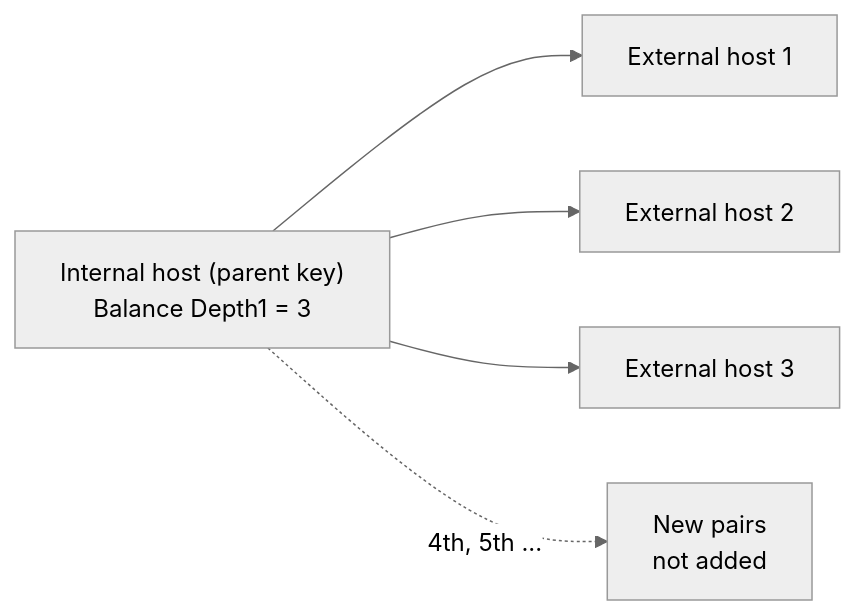
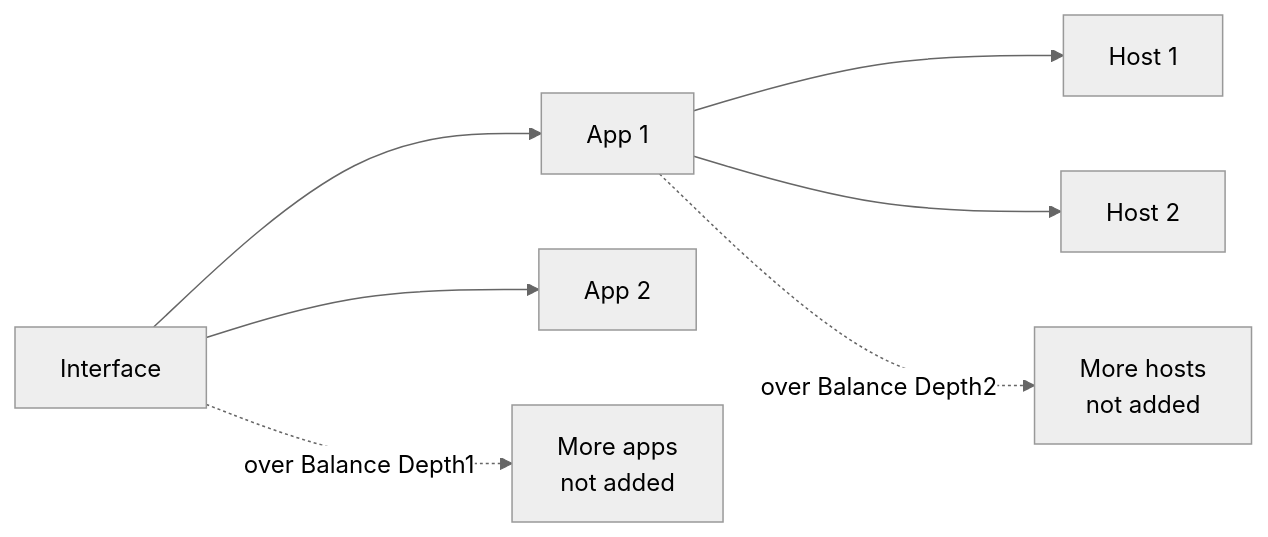
Before and after one commit to trisulnsm/dinodoc: the ninth of 9 diagrams in trisuldocs/docs/guide/ag/context/countergroup_tuning.md, drawn with Mermaid (neutral theme). The commit also changed other lines of this file, not shown here.

Commit message:
balance depth1 &2, slice keys, resolver group details added in tuning cg

````diff
--- a/trisuldocs/docs/guide/ag/context/countergroup_tuning.md
+++ b/trisuldocs/docs/guide/ag/context/countergroup_tuning.md
@@ -228,7 +258,9 @@
 ```mermaid
 flowchart LR
-  P["Internal host (parent key)<br/>Balance Depth1 = 3"] --> C1["External host 1"]
-  P --> C2["External host 2"]
-  P --> C3["External host 3"]
-  P -.->|"4th, 5th ..."| X["New pairs<br/>not added"]
+  I["Interface"] --> A1["App 1"]
+  I --> A2["App 2"]
+  I -.->|"over Balance Depth1"| AX["More apps<br/>not added"]
+  A1 --> H1["Host 1"]
+  A1 --> H2["Host 2"]
+  A1 -.->|"over Balance Depth2"| HX["More hosts<br/>not added"]
 ```
````
